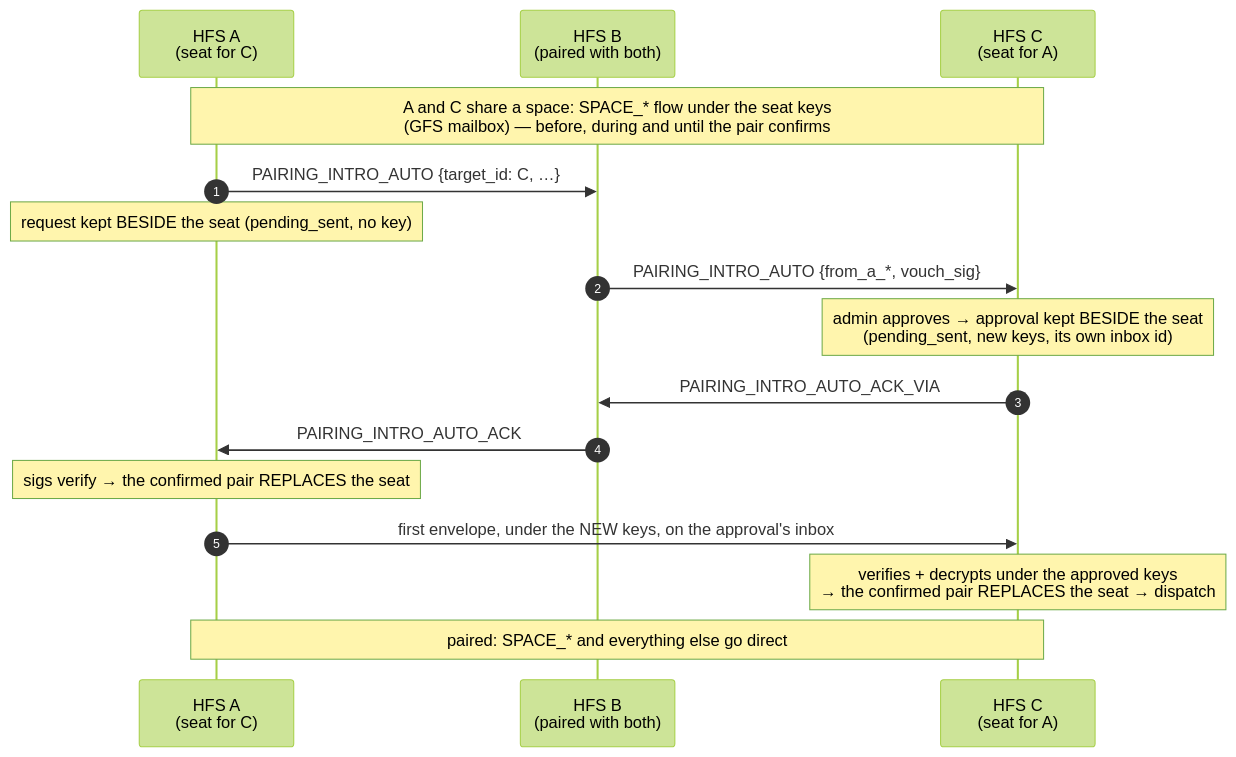
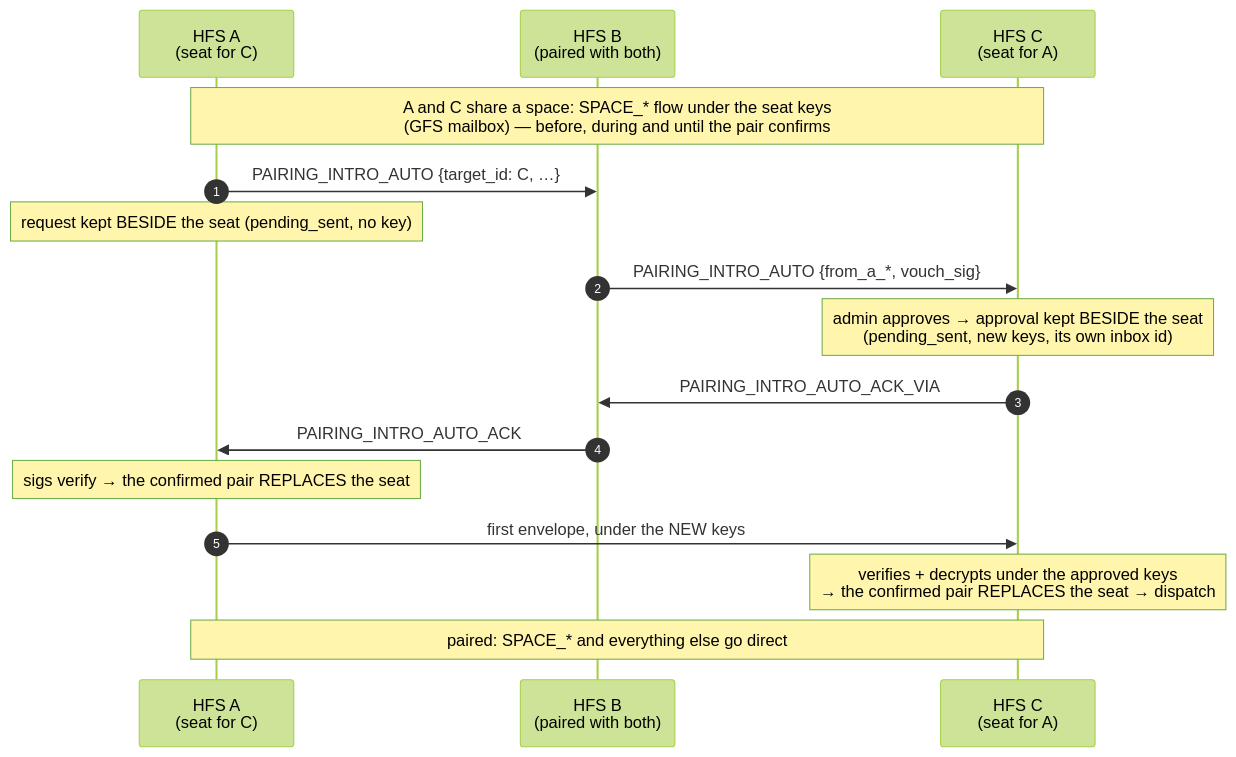
The fourth of 8 diagrams in docs/protocol/pairing.md (social-home-io/socialhome), drawn with Mermaid (forest theme) before and after one commit. The commit also changed other lines of this file and 4 other files, not shown here.

````diff
--- a/docs/protocol/pairing.md
+++ b/docs/protocol/pairing.md
@@ -466,18 +486,18 @@
 ```mermaid
 sequenceDiagram
     autonumber
     participant A as HFS A<br/>(seat for C)
     participant B as HFS B<br/>(paired with both)
     participant C as HFS C<br/>(seat for A)
     Note over A,C: A and C share a space: SPACE_* flow under the seat keys<br/>(GFS mailbox) — before, during and until the pair confirms
     A->>B: PAIRING_INTRO_AUTO {target_id: C, …}
     Note over A: request kept BESIDE the seat (pending_sent, no key)
     B->>C: PAIRING_INTRO_AUTO {from_a_*, vouch_sig}
     Note over C: admin approves → approval kept BESIDE the seat<br/>(pending_sent, new keys, its own inbox id)
     C->>B: PAIRING_INTRO_AUTO_ACK_VIA
     B->>A: PAIRING_INTRO_AUTO_ACK
     Note over A: sigs verify → the confirmed pair REPLACES the seat
-    A->>C: first envelope, under the NEW keys, on the approval's inbox
+    A->>C: first envelope, under the NEW keys
     Note over C: verifies + decrypts under the approved keys<br/>→ the confirmed pair REPLACES the seat → dispatch
     Note over A,C: paired: SPACE_* and everything else go direct
 ```
````
